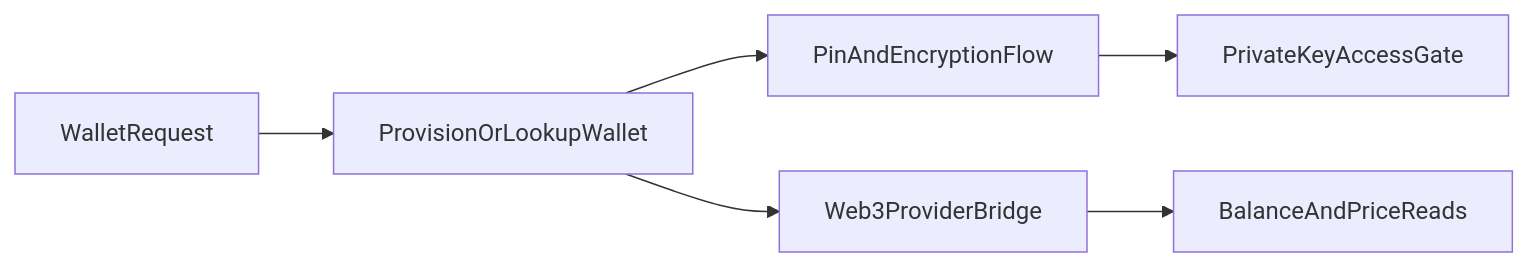
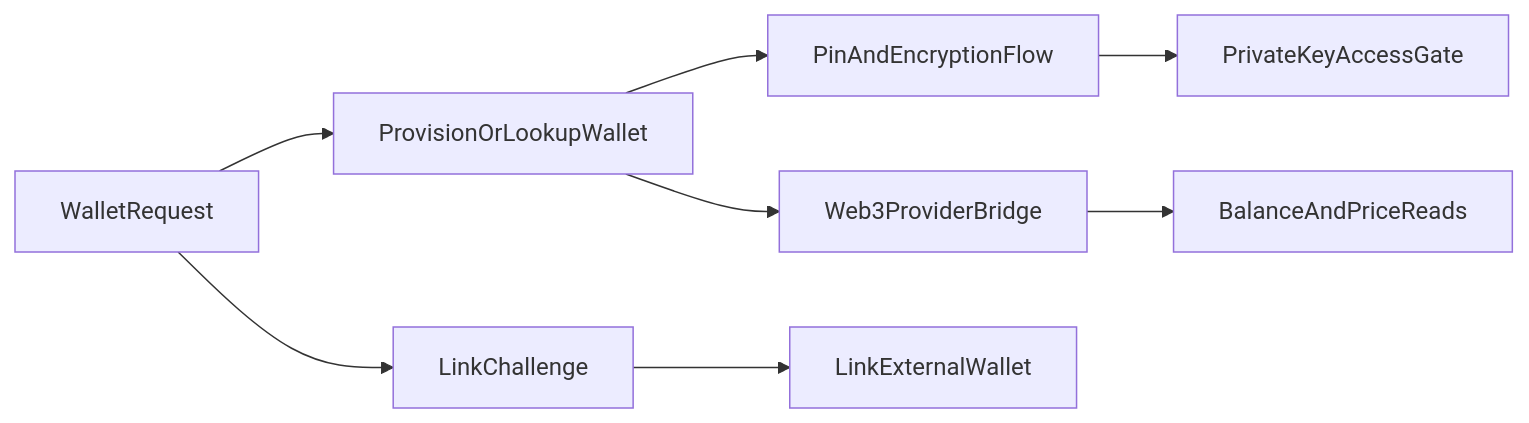
One commit to D-Sports-Ecosystem/docs changed the diagram in repositories/d-sports-api/wallet-web3/architecture.mdx. Above: the diagram before and after it, drawn with Mermaid. The commit also changed other lines of this file and 4 other files, not shown here.

Commit message:
docs: add external wallet linking endpoints and update wallet-web3 docs

````diff
--- a/repositories/d-sports-api/wallet-web3/architecture.mdx
+++ b/repositories/d-sports-api/wallet-web3/architecture.mdx
@@ -28,8 +30,10 @@
 ```mermaid
 flowchart LR
   walletRequest[WalletRequest] --> walletProvision[ProvisionOrLookupWallet]
   walletProvision --> keySecurity[PinAndEncryptionFlow]
   keySecurity --> privateKeyGate[PrivateKeyAccessGate]
   walletProvision --> providerBridge[Web3ProviderBridge]
   providerBridge --> balancePriceRead[BalanceAndPriceReads]
+  walletRequest --> linkChallenge[LinkChallenge]
+  linkChallenge --> linkExternal[LinkExternalWallet]
 ```
````
